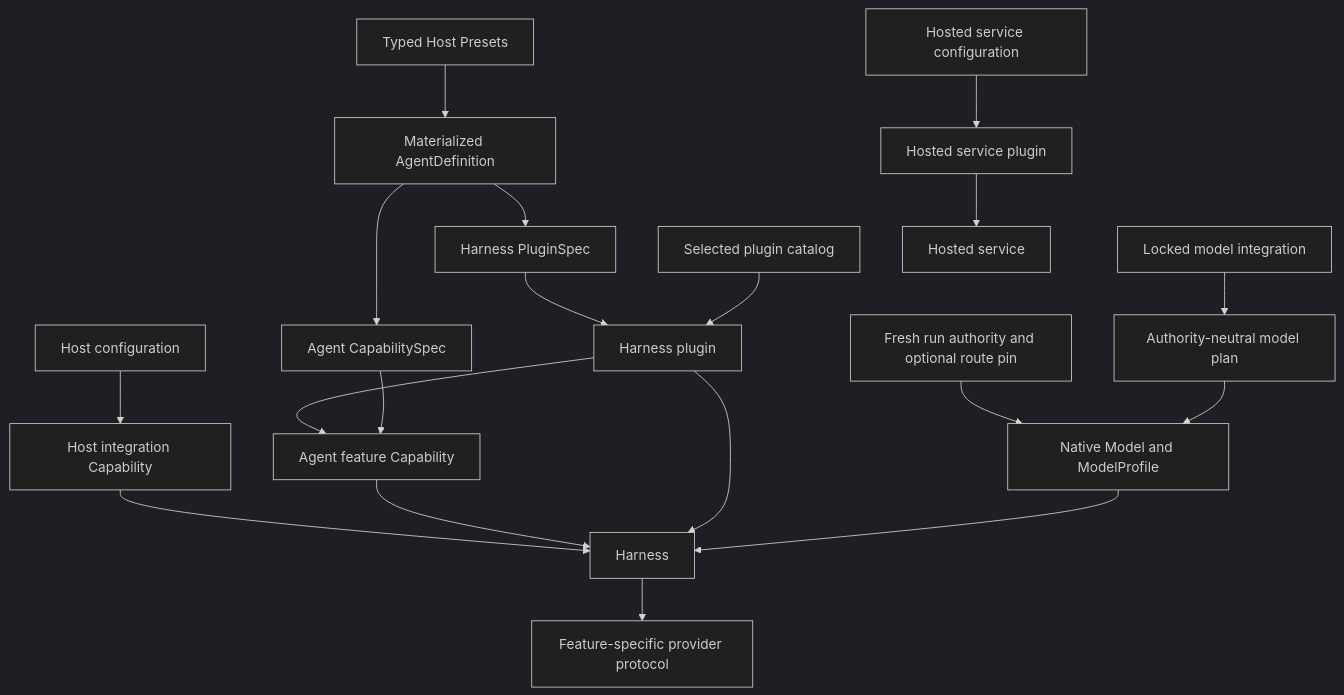
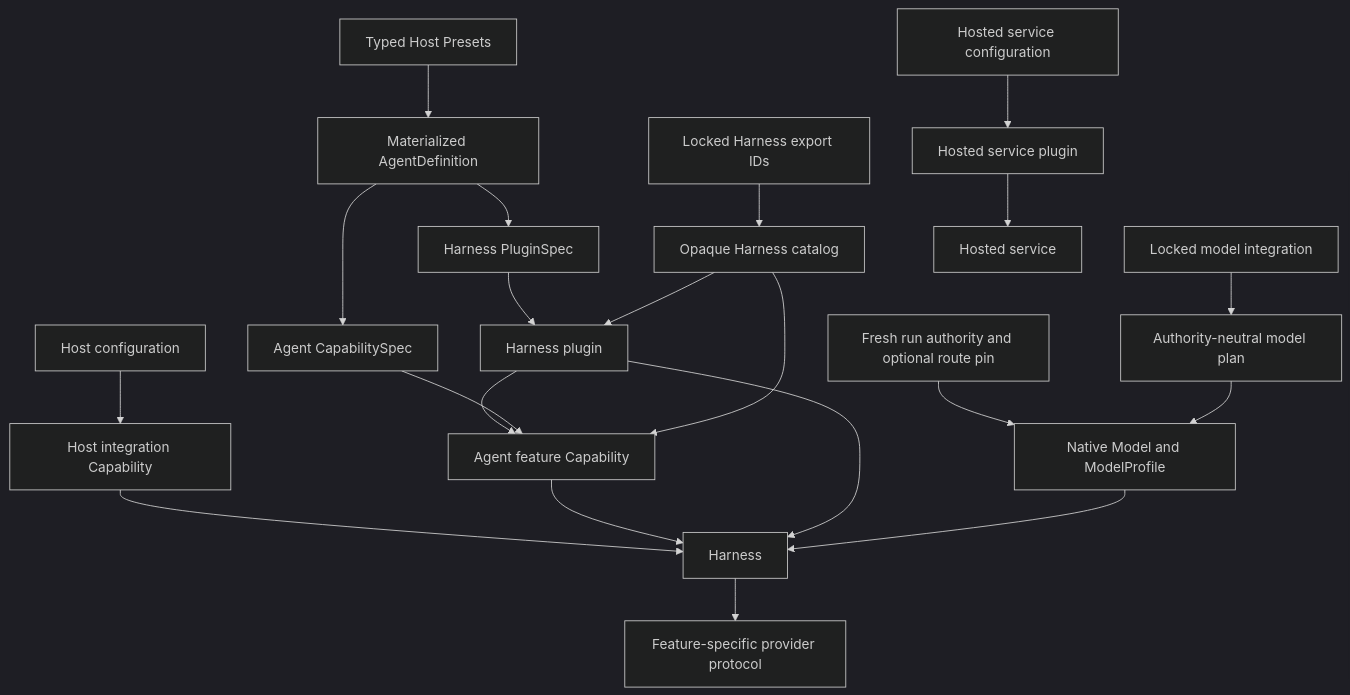
Before and after one commit to LTThreeComma/agent-foundation: the third of 4 diagrams in spec/README.md, drawn with Mermaid (dark theme). The commit also changed other lines of this file and 19 other files, not shown here.

````diff
--- a/spec/README.md
+++ b/spec/README.md
@@ -181,21 +181,23 @@
 ```mermaid
 flowchart TB
     Presets[Typed Host Presets] --> Definition[Materialized AgentDefinition]
     Definition --> PluginSpec[Harness PluginSpec]
-    PluginCatalog[Selected plugin catalog] --> HarnessPlugin[Harness plugin]
+    ExportIDs[Locked Harness export IDs] --> PluginCatalog[Opaque Harness catalog]
+    PluginCatalog --> HarnessPlugin[Harness plugin]
     PluginSpec --> HarnessPlugin
     Definition --> AgentSpec[Agent CapabilitySpec]
-    AgentSpec --> AgentCap[Agent feature Capability]
+    PluginCatalog --> AgentCap[Agent feature Capability]
+    AgentSpec --> AgentCap
     HarnessPlugin --> AgentCap
     ModelCatalog[Locked model integration] --> ModelPlan[Authority-neutral model plan]
     ModelPlan --> NativeModel[Native Model and ModelProfile]
     RunAuthority[Fresh run authority and optional route pin] --> NativeModel
     NativeModel --> Harness
     HostConfig[Host configuration] --> HostCap[Host integration Capability]
     ServiceConfig[Hosted service configuration] --> ServicePlugin[Hosted service plugin]
     HarnessPlugin --> Harness
     AgentCap --> Harness
     HostCap --> Harness
     ServicePlugin --> Service[Hosted service]
     Harness --> Provider[Feature-specific provider protocol]
 ```
````
